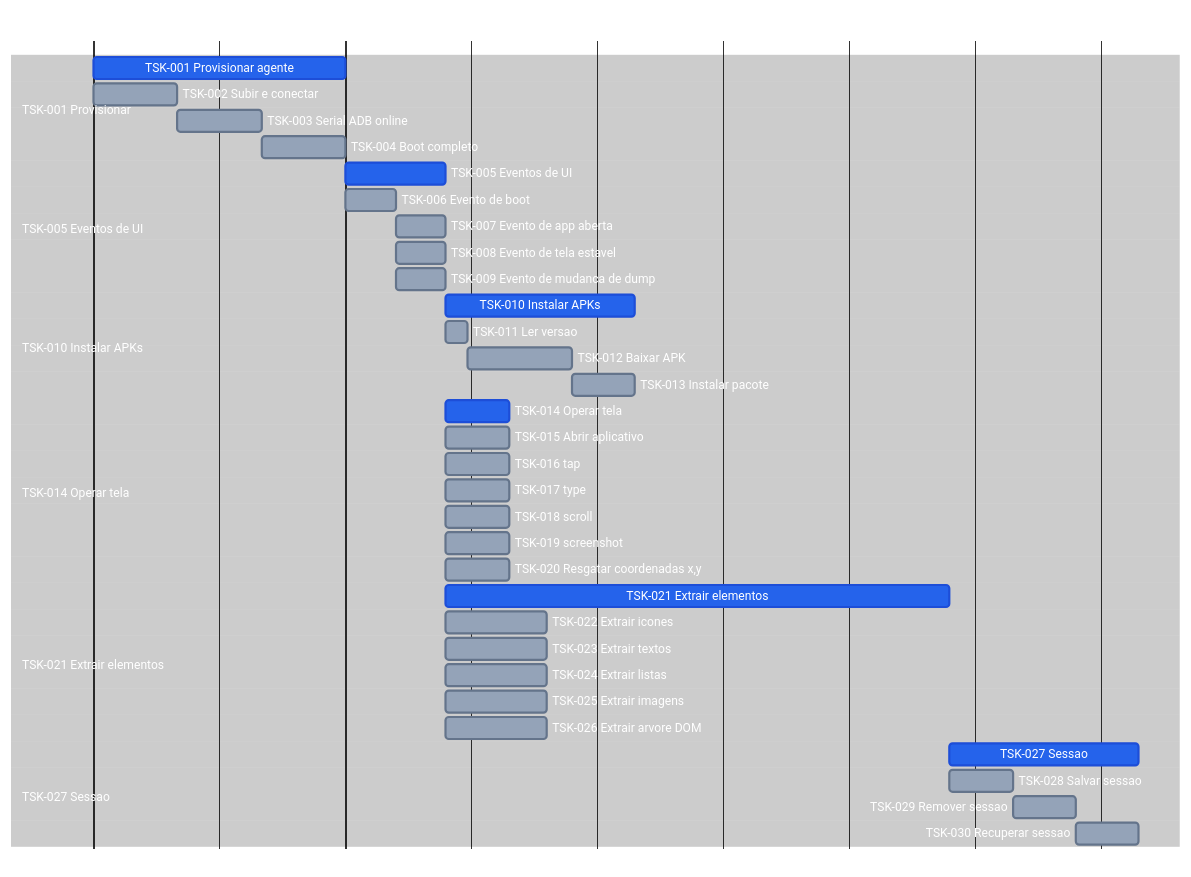
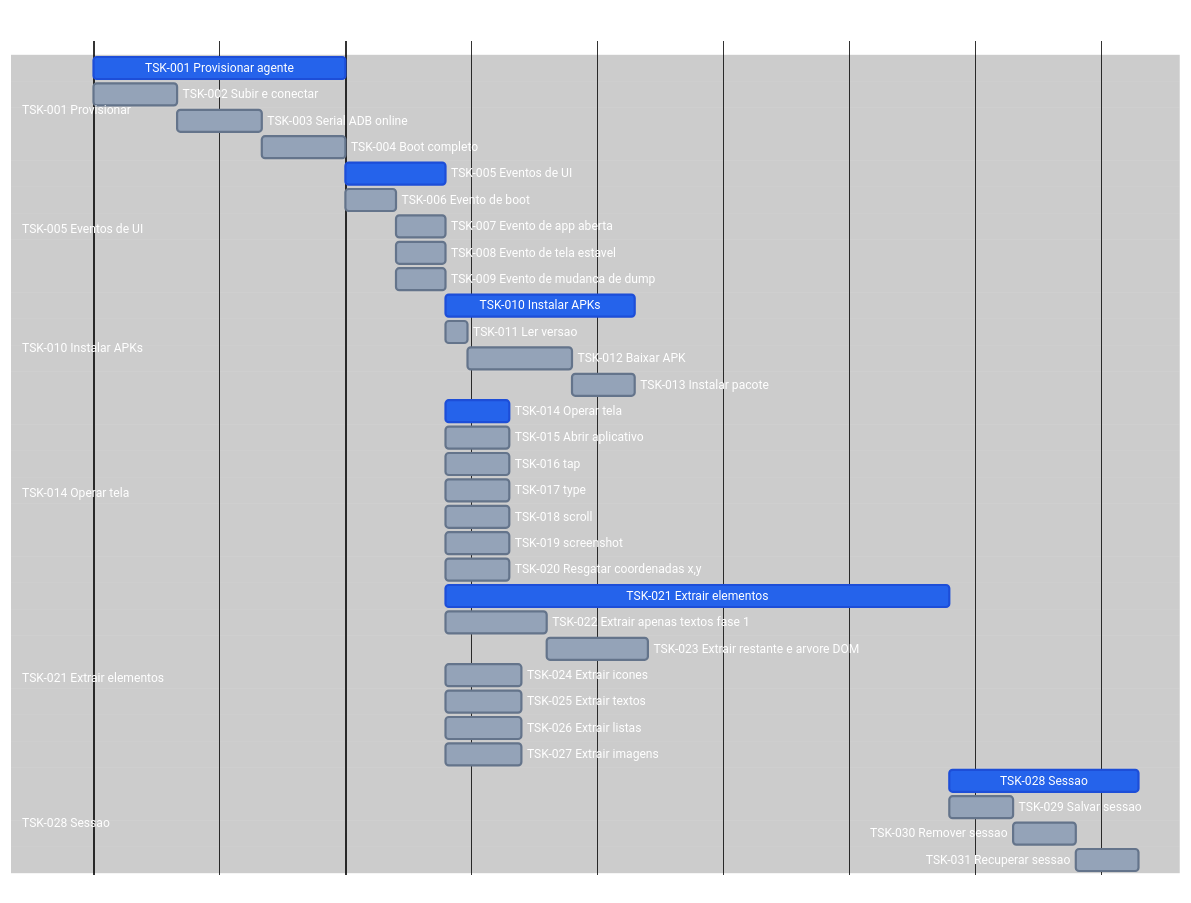
Before and after one commit to laerciogermano/workstation: the diagram in connectmax/screen-robot/7.tasks.md, drawn with Mermaid. The commit also changed other lines of this file and 8 other files, not shown here.

Commit message:
Remove EP das linhas dos épicos; árvore DOM primeiro (textos, depois restante).

````diff
--- a/connectmax/screen-robot/7.tasks.md
+++ b/connectmax/screen-robot/7.tasks.md
@@ -13,81 +13,82 @@
 ```mermaid
 ---
 config:
   theme: base
   themeVariables:
     darkMode: true
     background: '#000000'
     primaryTextColor: '#ffffff'
     secondaryTextColor: '#ffffff'
     tertiaryTextColor: '#ffffff'
     textColor: '#ffffff'
     lineColor: '#333333'
     mainBkg: '#000000'
     secondaryColor: '#000000'
     tertiaryColor: '#000000'
     sectionBkgColor: '#000000'
     sectionBkgColor2: '#000000'
     altSectionBkgColor: '#000000'
     gridColor: '#222222'
     excludeBkgColor: '#000000'
     todayLineColor: '#444444'
     doneTaskBkgColor: '#2563eb'
     doneTaskBorderColor: '#1d4ed8'
     taskBkgColor: '#94a3b8'
     taskBorderColor: '#64748b'
     taskTextColor: '#ffffff'
     taskTextDarkColor: '#ffffff'
     taskTextLightColor: '#ffffff'
     taskTextOutsideColor: '#ffffff'
     critBkgColor: '#2563eb'
     critBorderColor: '#1d4ed8'
     activeTaskBkgColor: '#94a3b8'
     activeTaskBorderColor: '#64748b'
 ---
 gantt
   title screen-robot TSK
   dateFormat X
   axisFormat %s
 
   section TSK-001 Provisionar
   TSK-001 Provisionar agente            :done, tsk01, 0, 60m
   TSK-002 Subir e conectar              :tsk02, 0, 20m
   TSK-003 Serial ADB online             :tsk03, after tsk02, 20m
   TSK-004 Boot completo                 :tsk04, after tsk03, 20m
 
   section TSK-005 Eventos de UI
   TSK-005 Eventos de UI                 :done, tsk05, after tsk01, 24m
   TSK-006 Evento de boot                :tsk06, after tsk01, 12m
   TSK-007 Evento de app aberta          :tsk07, after tsk06, 12m
   TSK-008 Evento de tela estavel        :tsk08, after tsk06, 12m
   TSK-009 Evento de mudanca de dump     :tsk09, after tsk06, 12m
 
   section TSK-010 Instalar APKs
   TSK-010 Instalar APKs                 :done, tsk10, after tsk09, 45m
   TSK-011 Ler versao                    :tsk11, after tsk09, 5m
   TSK-012 Baixar APK                    :tsk12, after tsk11, 25m
   TSK-013 Instalar pacote               :tsk13, after tsk12, 15m
 
   section TSK-014 Operar tela
   TSK-014 Operar tela                   :done, tsk14, after tsk09, 15m
   TSK-015 Abrir aplicativo              :tsk15, after tsk09, 15m
   TSK-016 tap                           :tsk16, after tsk09, 15m
   TSK-017 type                          :tsk17, after tsk09, 15m
   TSK-018 scroll                        :tsk18, after tsk09, 15m
   TSK-019 screenshot                    :tsk19, after tsk09, 15m
   TSK-020 Resgatar coordenadas x,y      :tsk20, after tsk09, 15m
 
   section TSK-021 Extrair elementos
   TSK-021 Extrair elementos             :done, tsk21, after tsk09, 120m
-  TSK-022 Extrair icones                :tsk22, after tsk09, 24m
-  TSK-023 Extrair textos                :tsk23, after tsk09, 24m
-  TSK-024 Extrair listas                :tsk24, after tsk09, 24m
-  TSK-025 Extrair imagens               :tsk25, after tsk09, 24m
-  TSK-026 Extrair arvore DOM            :tsk26, after tsk09, 24m
+  TSK-022 Extrair apenas textos fase 1  :tsk22, after tsk09, 24m
+  TSK-023 Extrair restante e arvore DOM :tsk23, after tsk22, 24m
+  TSK-024 Extrair icones                :tsk24, after tsk09, 18m
+  TSK-025 Extrair textos                :tsk25, after tsk09, 18m
+  TSK-026 Extrair listas                :tsk26, after tsk09, 18m
+  TSK-027 Extrair imagens               :tsk27, after tsk09, 18m
 
-  section TSK-027 Sessao
-  TSK-027 Sessao                        :done, tsk27, after tsk21, 45m
-  TSK-028 Salvar sessao                 :tsk28, after tsk21, 15m
-  TSK-029 Remover sessao                :tsk29, after tsk28, 15m
-  TSK-030 Recuperar sessao              :tsk30, after tsk29, 15m
+  section TSK-028 Sessao
+  TSK-028 Sessao                        :done, tsk28, after tsk21, 45m
+  TSK-029 Salvar sessao                 :tsk29, after tsk21, 15m
+  TSK-030 Remover sessao                :tsk30, after tsk29, 15m
+  TSK-031 Recuperar sessao              :tsk31, after tsk30, 15m
 ```
````
